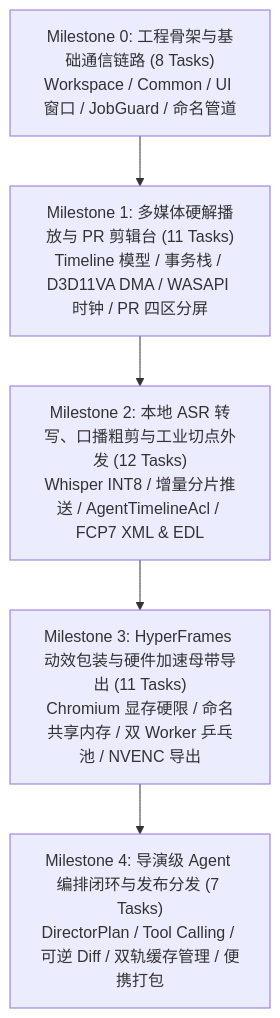
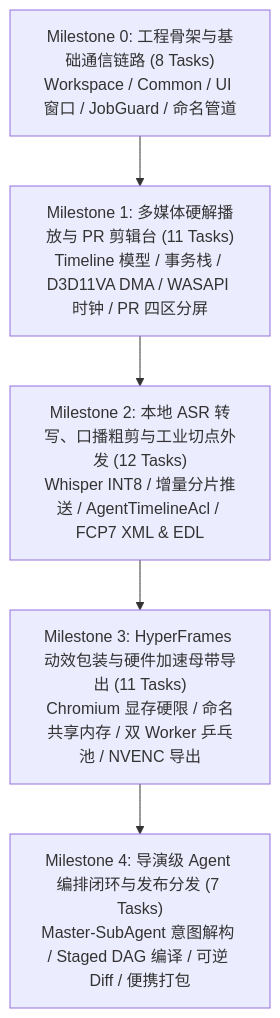
Before and after one commit to qiuku2022/ClipFlow: the first of 2 diagrams in docs/roadmap.md, drawn with Mermaid. The commit also changed other lines of this file and 2 other files, not shown here.

First line of the commit message:
docs: 同步全量规范至 Master-SubAgent 意图解构与 Staged DAG 编排体系

````diff
--- a/docs/roadmap.md
+++ b/docs/roadmap.md
@@ -23,10 +23,10 @@
 ```mermaid
 flowchart TD
     M0["Milestone 0: 工程骨架与基础通信链路 (8 Tasks)\nWorkspace / Common / UI 窗口 / JobGuard / 命名管道"]
     M1["Milestone 1: 多媒体硬解播放与 PR 剪辑台 (11 Tasks)\nTimeline 模型 / 事务栈 / D3D11VA DMA / WASAPI 时钟 / PR 四区分屏"]
     M2["Milestone 2: 本地 ASR 转写、口播粗剪与工业切点外发 (12 Tasks)\nWhisper INT8 / 增量分片推送 / AgentTimelineAcl / FCP7 XML & EDL"]
     M3["Milestone 3: HyperFrames 动效包装与硬件加速母带导出 (11 Tasks)\nChromium 显存硬限 / 命名共享内存 / 双 Worker 乒乓池 / NVENC 导出"]
-    M4["Milestone 4: 导演级 Agent 编排闭环与发布分发 (7 Tasks)\nDirectorPlan / Tool Calling / 可逆 Diff / 双轨缓存管理 / 便携打包"]
+    M4["Milestone 4: 导演级 Agent 编排闭环与发布分发 (7 Tasks)\nMaster-SubAgent 意图解构 / Staged DAG 编译 / 可逆 Diff / 便携打包"]
 
     M0 --> M1 --> M2 --> M3 --> M4
 ```
````
